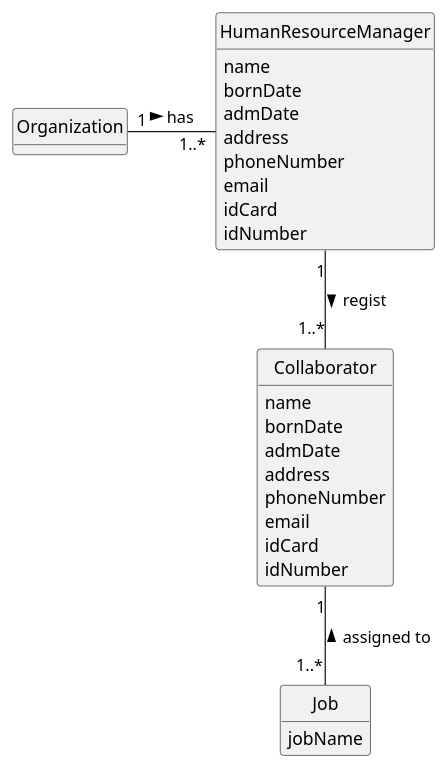
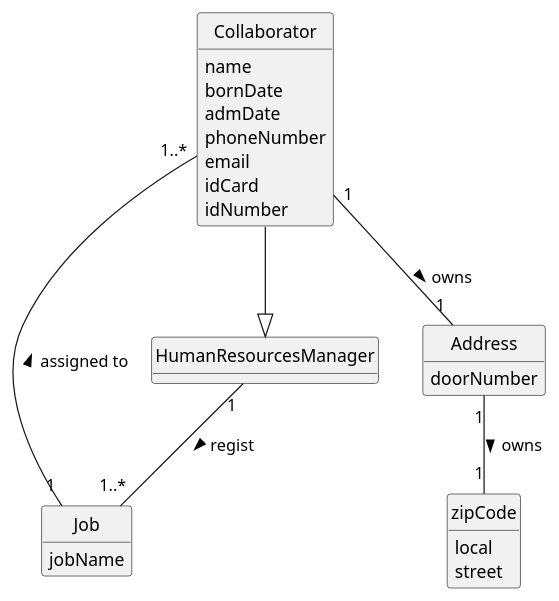
Before and after one commit to 1231360-ISEP/lei-24-s2-1db-g021: the diagram in docs/sprint2/us003/02.analysis/puml/us003-domain-model.puml, drawn with PlantUML. The commit also changed 13 other files, not shown here.

```diff
--- a/docs/sprint2/us003/02.analysis/puml/us003-domain-model.puml
+++ b/docs/sprint2/us003/02.analysis/puml/us003-domain-model.puml
@@ -1,43 +1,43 @@
 @startuml
 skinparam monochrome true
 skinparam packageStyle rectangle
 skinparam shadowing false
 
 skinparam classAttributeIconSize 0
 
 hide circle
 hide methods
 
-class Organization {
-}
-
-class HumanResourceManager {
-    name
-    bornDate
-    admDate
-    address
-    phoneNumber
-    email
-    idCard
-    idNumber
-}
+class HumanResourcesManager {}
 
 class Collaborator {
     name
     bornDate
     admDate
-    address
     phoneNumber
     email
     idCard
     idNumber
 }
 
 class Job {
     jobName
 }
 
-Organization "1" - "1..*" HumanResourceManager: has >
-HumanResourceManager "1" -- "1..*" Collaborator : regist >
-Collaborator "1" -- "1..*" Job : assigned to <
+class Address {
+    doorNumber
+}
+
+class zipCode {
+    local
+    street
+}
+
+
+Collaborator --|> HumanResourcesManager
+Collaborator "1..*" - "1" Job: assigned to <
+HumanResourcesManager "1" -- "1..*" Job : regist >
+Collaborator "1" -- "1" Address: owns >
+Address "1" -- "1" zipCode : owns >
+
 @enduml
```
